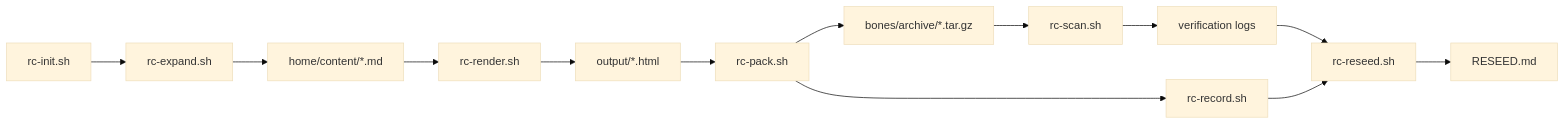
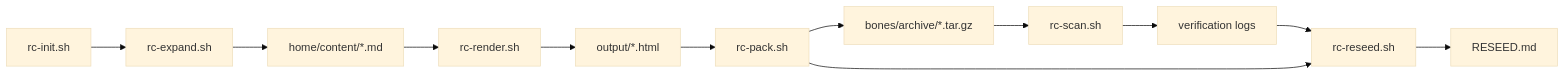
The diagram in home/content/docs/rotkeeper/workflow.md (drawmeanelephant/rotkeeper), drawn with Mermaid (base theme) before and after one commit. The commit also changed other lines of this file and 57 other files, not shown here.

````diff
--- a/home/content/docs/rotkeeper/workflow.md
+++ b/home/content/docs/rotkeeper/workflow.md
@@ -143,15 +131,14 @@
 ```mermaid
 graph LR
   A[rc-init.sh] --> B[rc-expand.sh]
   B --> C[home/content/*.md]
   C --> D[rc-render.sh]
   D --> E[output/*.html]
   E --> F[rc-pack.sh]
   F --> G[bones/archive/*.tar.gz]
   G --> H[rc-scan.sh]
   H --> I[verification logs]
-  F --> J[rc-record.sh]
   I --> K[rc-reseed.sh]
-  J --> K
+  F --> K
   K --> L[RESEED.md]
 ```
````
